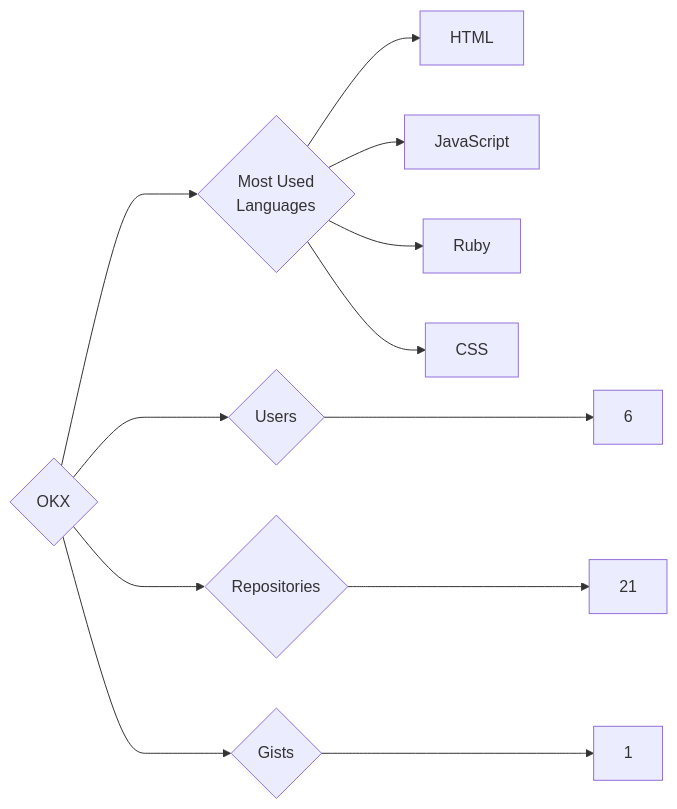
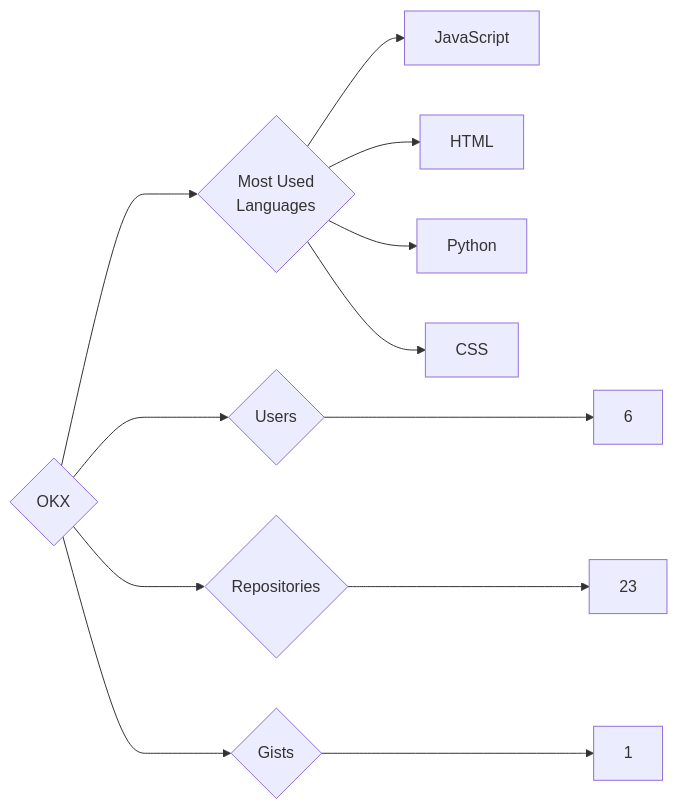
The diagram in targets/OKX/README.md (trickest/insiders), drawn with Mermaid before and after one commit. The commit also changed 1496 other files, not shown here.

````diff
--- a/targets/OKX/README.md
+++ b/targets/OKX/README.md
@@ -3,12 +3,12 @@
 ```mermaid
 graph LR
 COMPANY_NAME{OKX}
 COMPANY_NAME ---> U{Users} ---> UN[6]
-COMPANY_NAME ---> R{Repositories} ---> RN[21]
+COMPANY_NAME ---> R{Repositories} ---> RN[23]
 COMPANY_NAME ---> G{Gists} ---> GN[1]
 COMPANY_NAME ---> ML{Most Used<br>Languages}
+ML --> JavaScript[JavaScript]
 ML --> HTML[HTML]
-ML --> JavaScript[JavaScript]
-ML --> Ruby[Ruby]
+ML --> Python[Python]
 ML --> CSS[CSS]
 ```
````
